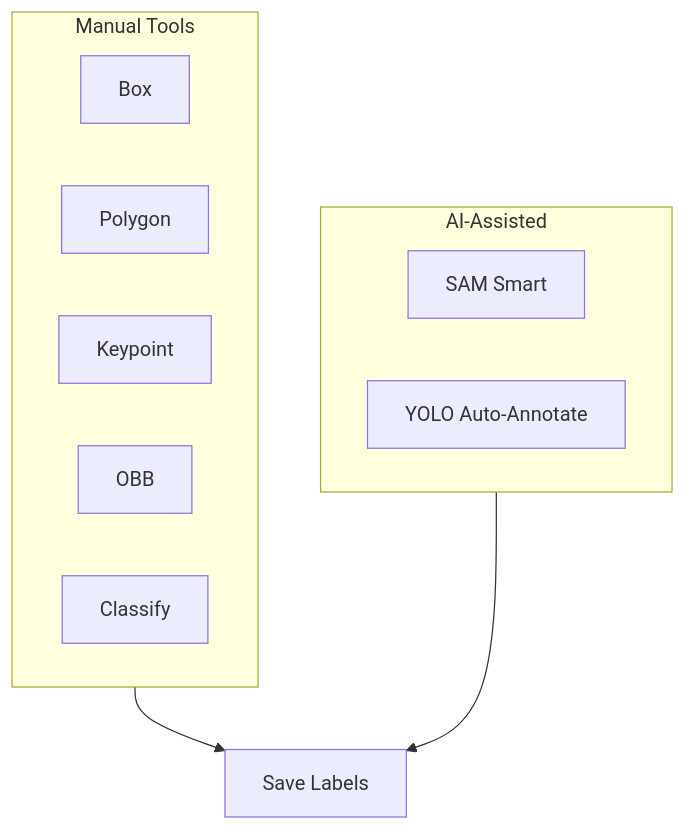
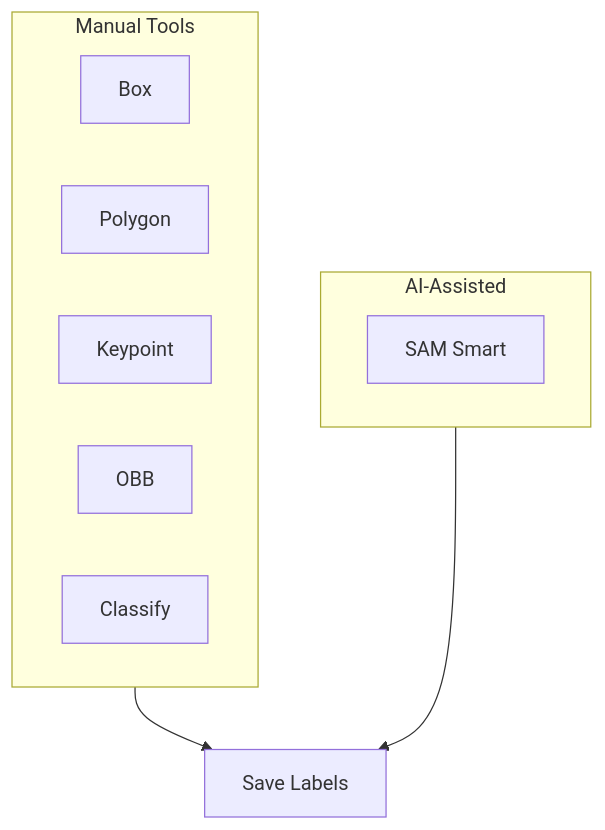
The first of 3 diagrams in docs/en/platform/data/annotation.md (medusa717/AI-ULTRALYTICS), drawn with Mermaid before and after one commit. The commit also changed other lines of this file and 22 other files, not shown here.

````diff
--- a/docs/en/platform/data/annotation.md
+++ b/docs/en/platform/data/annotation.md
@@ -13,11 +13,11 @@
 ```mermaid
 graph TB
     subgraph Manual["Manual Tools"]
         A[Box] & B[Polygon] & C[Keypoint] & D[OBB] & E[Classify]
     end
     subgraph AI["AI-Assisted"]
-        F[SAM Smart] & G[YOLO Auto-Annotate]
+        F[SAM Smart]
     end
     Manual --> H[Save Labels]
     AI --> H
 ```
````
